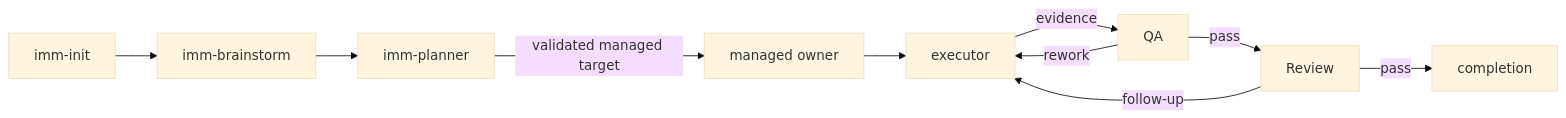
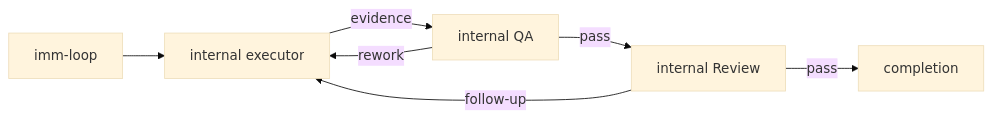
The second of 2 diagrams in plugins/immune-brain/README.md (dereknex/immune-brain), drawn with Mermaid (base theme) before and after one commit. The commit also changed other lines of this file and 93 other files, not shown here.

````diff
--- a/plugins/immune-brain/README.md
+++ b/plugins/immune-brain/README.md
@@ -45,12 +53,9 @@
 ```mermaid
 flowchart LR
-  init[imm-init] --> brainstorm[imm-brainstorm]
-  brainstorm --> planner[imm-planner]
-  planner -->|validated managed target| work[managed owner]
-  work --> executor[executor]
-  executor -->|evidence| qa[QA]
-  qa -->|pass| review[Review]
+  loop[imm-loop] --> executor[internal executor]
+  executor -->|evidence| qa[internal QA]
+  qa -->|pass| review[internal Review]
   qa -->|rework| executor
   review -->|follow-up| executor
   review -->|pass| done[completion]
 ```
````
